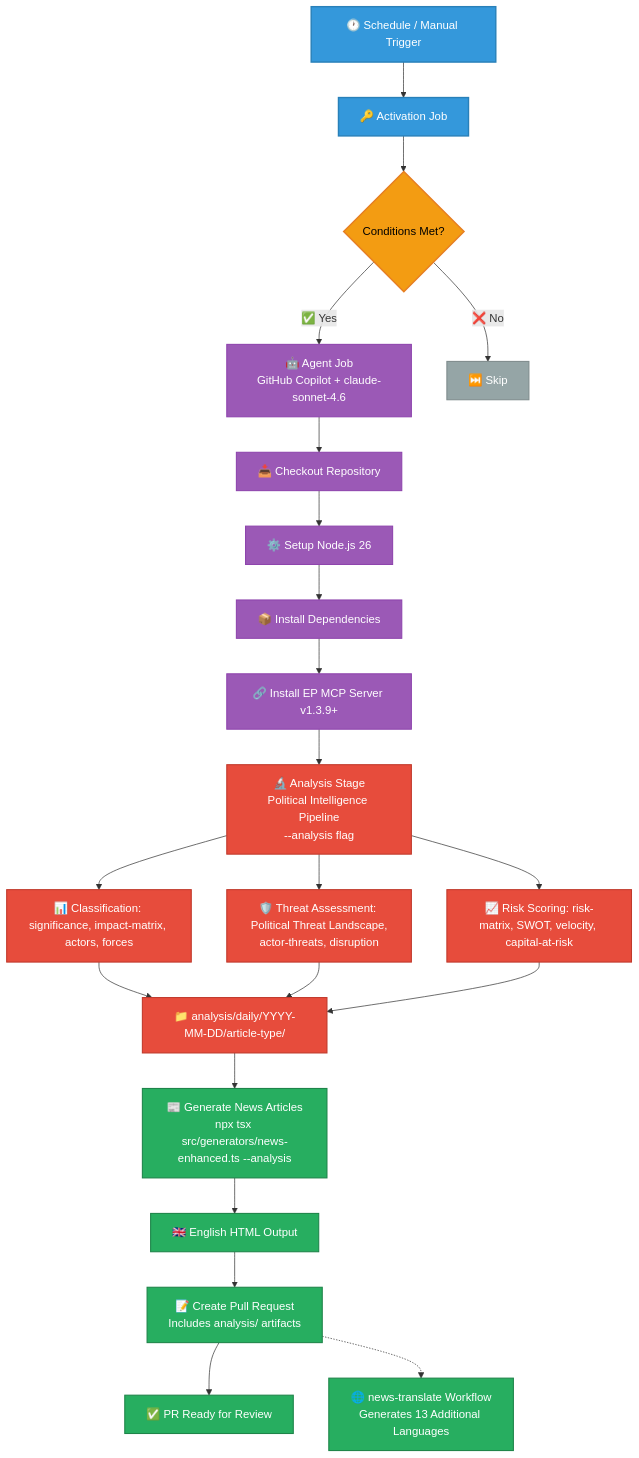
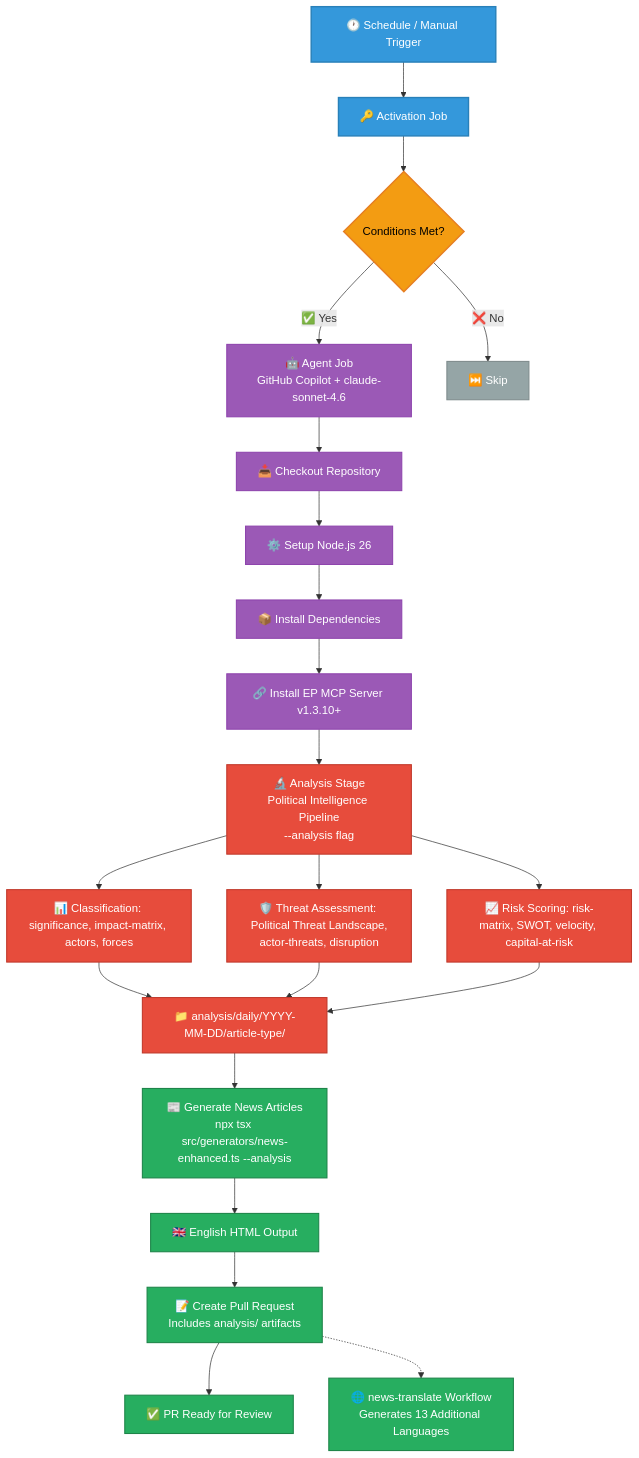
The third of 22 diagrams in WORKFLOWS.md (Hack23/euparliamentmonitor), drawn with Mermaid before and after one commit. The commit also changed other lines of this file and 47 other files, not shown here.

Commit message:
docs(mcp): bump EP MCP Server refs 1.3.9 → 1.3.10 across workflows, config, code & docs

````diff
--- a/WORKFLOWS.md
+++ b/WORKFLOWS.md
@@ -276,37 +276,37 @@
 ```mermaid
 graph TD
     A[🕐 Schedule / Manual Trigger] --> B[🔑 Activation Job]
     B --> C{Conditions Met?}
     C -->|✅ Yes| D[🤖 Agent Job<br/>GitHub Copilot + claude-sonnet-4.6]
     C -->|❌ No| E[⏭️ Skip]
     D --> F[📥 Checkout Repository]
     F --> G[⚙️ Setup Node.js 26]
     G --> H[📦 Install Dependencies]
-    H --> I[🔗 Install EP MCP Server v1.3.9+]
+    H --> I[🔗 Install EP MCP Server v1.3.10+]
     I --> J1[🔬 Analysis Stage<br/>Political Intelligence Pipeline<br/>--analysis flag]
     J1 --> J1a[📊 Classification: significance, impact-matrix, actors, forces]
     J1 --> J1b[🛡️ Threat Assessment: Political Threat Landscape,<br/>actor-threats, disruption]
     J1 --> J1c[📈 Risk Scoring: risk-matrix, SWOT, velocity, capital-at-risk]
     J1a --> J1d["📁 analysis/daily/YYYY-MM-DD/article-type/"]
     J1b --> J1d
     J1c --> J1d
     J1d --> J[📰 Generate News Articles<br/>npx tsx src/generators/news-enhanced.ts --analysis]
     J --> K[🇬🇧 English HTML Output]
     K --> L[📝 Create Pull Request<br/>Includes analysis/ artifacts]
     L --> M[✅ PR Ready for Review]
     L -.-> N[🌐 news-translate Workflow<br/>Generates 13 Additional Languages]
 
     classDef trigger fill:#3498db,stroke:#2980b9,stroke-width:2px,color:white
     classDef process fill:#9b59b6,stroke:#8e44ad,stroke-width:1.5px,color:white
     classDef decision fill:#f39c12,stroke:#e67e22,stroke-width:2px,color:black
     classDef skip fill:#95a5a6,stroke:#7f8c8d,stroke-width:1.5px,color:white
     classDef analysis fill:#e74c3c,stroke:#c0392b,stroke-width:1.5px,color:white
     classDef output fill:#27ae60,stroke:#1e8449,stroke-width:1.5px,color:white
 
     class A,B trigger
     class D,F,G,H,I process
     class C decision
     class E skip
     class J1,J1a,J1b,J1c,J1d analysis
     class J,K,L,M,N output
 ```
````
